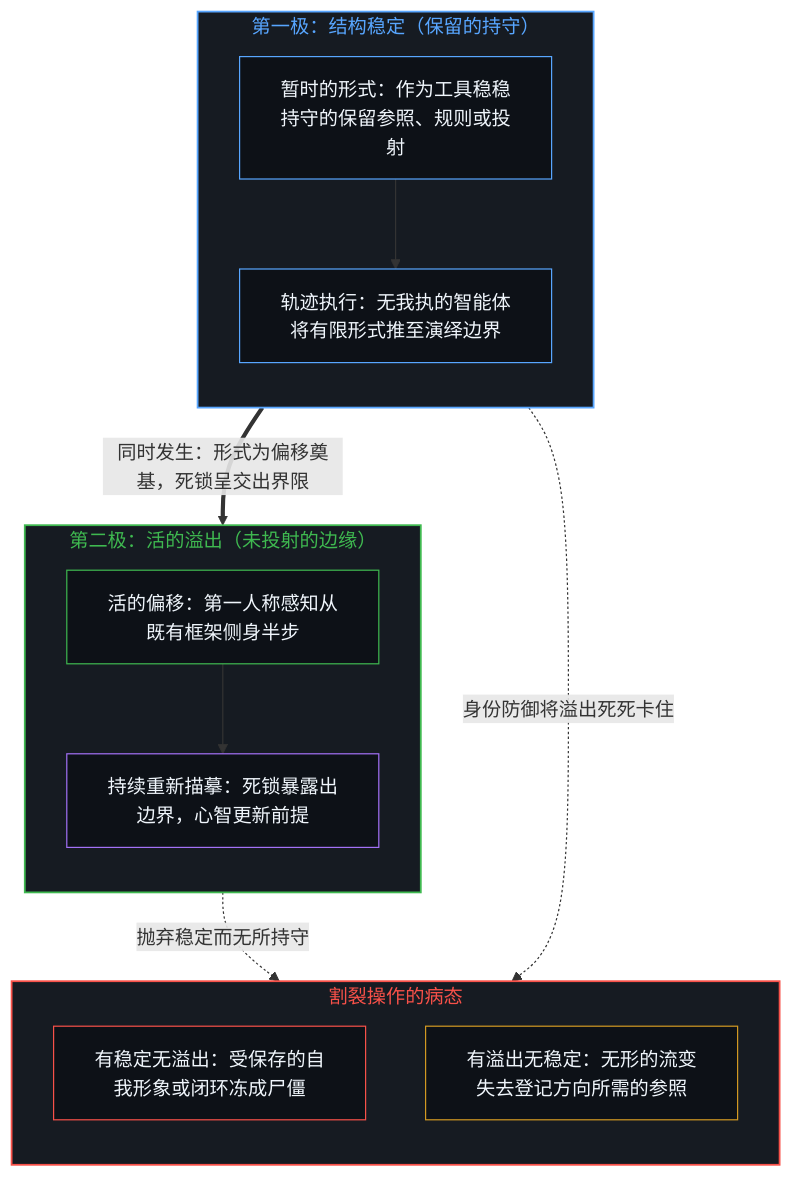
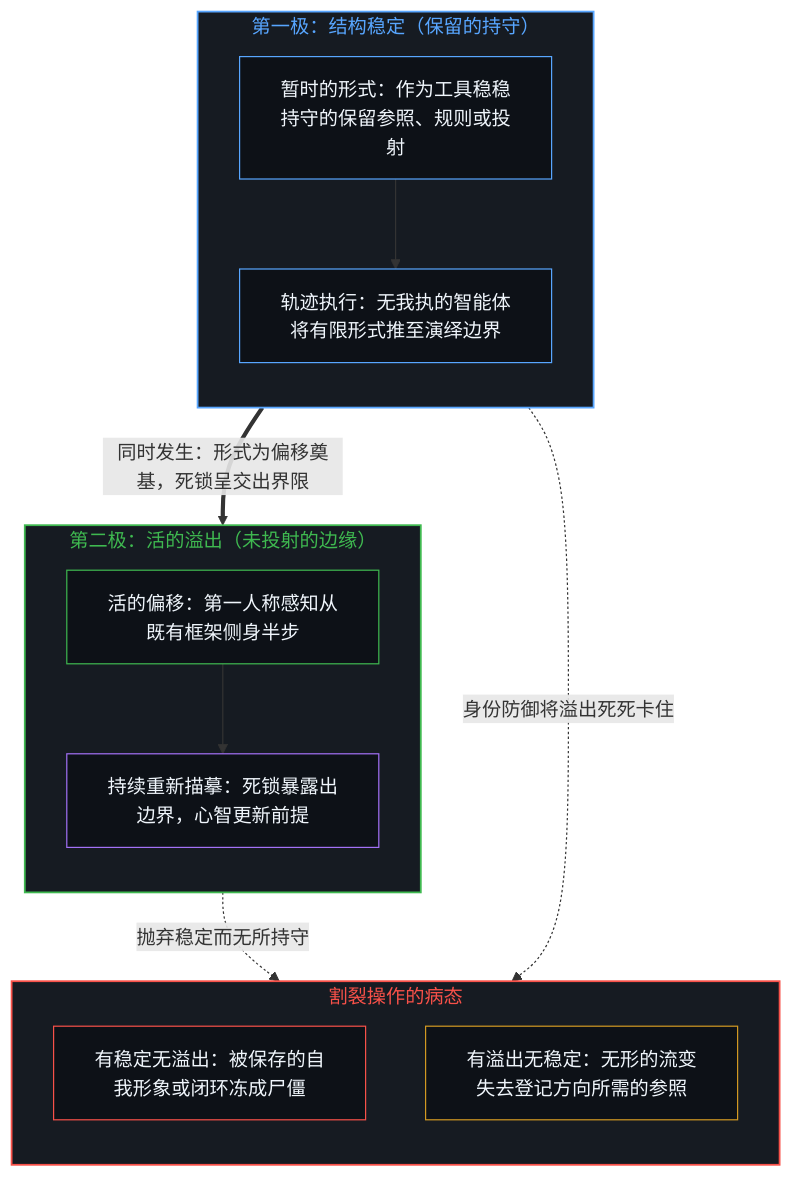
Before and after one commit to powerpig99/not-a-toe: the first of 2 diagrams in content/posts/stability-and-excess.md, drawn with Mermaid. The commit also changed other lines of this file and 15 other files, not shown here.

````diff
--- a/content/posts/stability-and-excess.md
+++ b/content/posts/stability-and-excess.md
@@ -55,32 +55,32 @@
 ```mermaid
 flowchart TD
     subgraph S_Stable["第一极：结构稳定（保留的持守）"]
         direction TB
         S1["暂时的形式：作为工具稳稳持守的保留参照、规则或投射"]
         S2["轨迹执行：无我执的智能体将有限形式推至演绎边界"]
         S1 --> S2
     end
     subgraph S_Excess["第二极：活的溢出（未投射的边缘）"]
         direction TB
         E1["活的偏移：第一人称感知从既有框架侧身半步"]
         E2["持续重新描摹：死锁暴露出边界，心智更新前提"]
         E1 --> E2
     end
     subgraph S_Collapse["割裂操作的病态"]
         direction TB
-        O1["有稳定无溢出：受保存的自我形象或闭环冻成尸僵"]
+        O1["有稳定无溢出：被保存的自我形象或闭环冻成尸僵"]
         O2["有溢出无稳定：无形的流变失去登记方向所需的参照"]
     end
     S2 ==>|"同时发生：形式为偏移奠基，死锁呈交出界限"| E1
     S1 -.->|"身份防御将溢出死死卡住"| O1
     E1 -.->|"抛弃稳定而无所持守"| O2
     style S_Stable fill:#161b22,stroke:#58a6ff,stroke-width:1.5px,color:#58a6ff
     style S_Excess fill:#161b22,stroke:#3fb950,stroke-width:1.5px,color:#3fb950
     style S_Collapse fill:#161b22,stroke:#f85149,stroke-width:1.5px,color:#f85149
     style S1 fill:#0d1117,stroke:#58a6ff,stroke-width:1px,color:#f0f6fc
     style S2 fill:#0d1117,stroke:#58a6ff,stroke-width:1px,color:#f0f6fc
     style E1 fill:#0d1117,stroke:#3fb950,stroke-width:1px,color:#f0f6fc
     style E2 fill:#0d1117,stroke:#a371f7,stroke-width:1px,color:#f0f6fc
     style O1 fill:#0d1117,stroke:#f85149,stroke-width:1px,color:#f0f6fc
     style O2 fill:#0d1117,stroke:#d29922,stroke-width:1px,color:#f0f6fc
 ```
````
